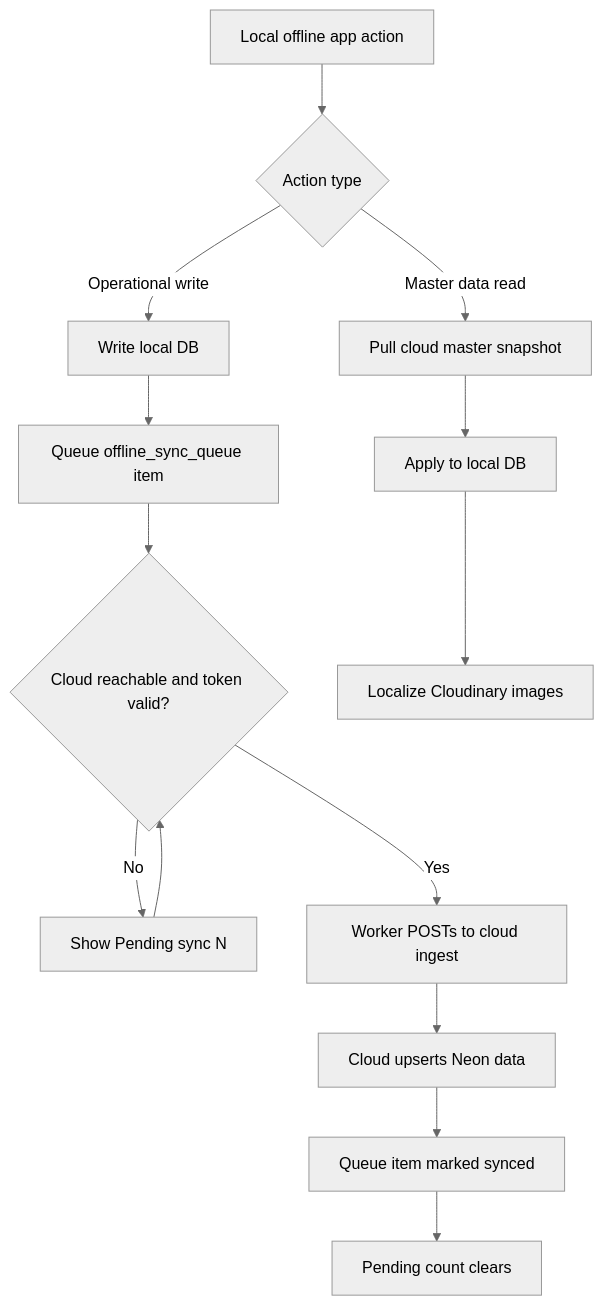
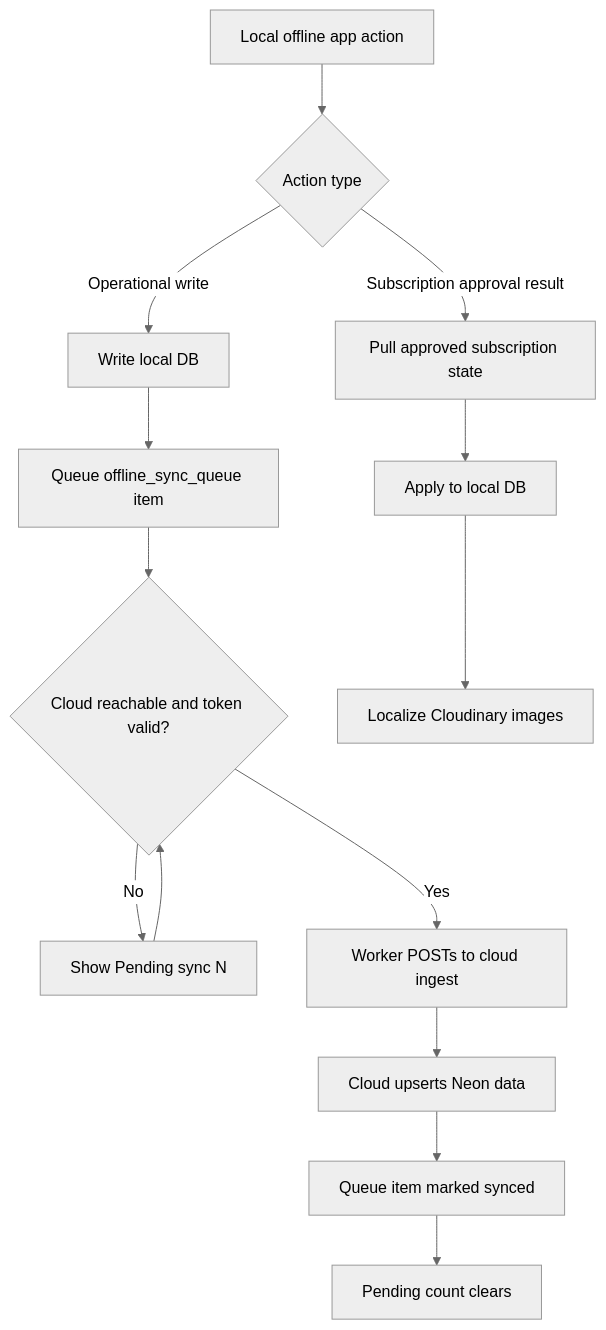
One commit to muhammadazhar/RestaurantOS changed the fourth of 8 diagrams in docs/FLOW_DIAGRAMS.md. Above: the diagram before and after it, drawn with Mermaid (neutral theme). The commit also changed other lines of this file and 26 other files, not shown here.

````diff
--- a/docs/FLOW_DIAGRAMS.md
+++ b/docs/FLOW_DIAGRAMS.md
@@ -58,16 +58,16 @@
 ```mermaid
 flowchart TD
   A["Local offline app action"] --> B{"Action type"}
   B -->|"Operational write"| C["Write local DB"]
   C --> D["Queue offline_sync_queue item"]
   D --> E{"Cloud reachable and token valid?"}
   E -->|"No"| F["Show Pending sync N"]
   E -->|"Yes"| G["Worker POSTs to cloud ingest"]
   F --> E
   G --> H["Cloud upserts Neon data"]
   H --> I["Queue item marked synced"]
   I --> J["Pending count clears"]
-  B -->|"Master data read"| K["Pull cloud master snapshot"]
+  B -->|"Subscription approval result"| K["Pull approved subscription state"]
   K --> L["Apply to local DB"]
   L --> M["Localize Cloudinary images"]
 ```
````
